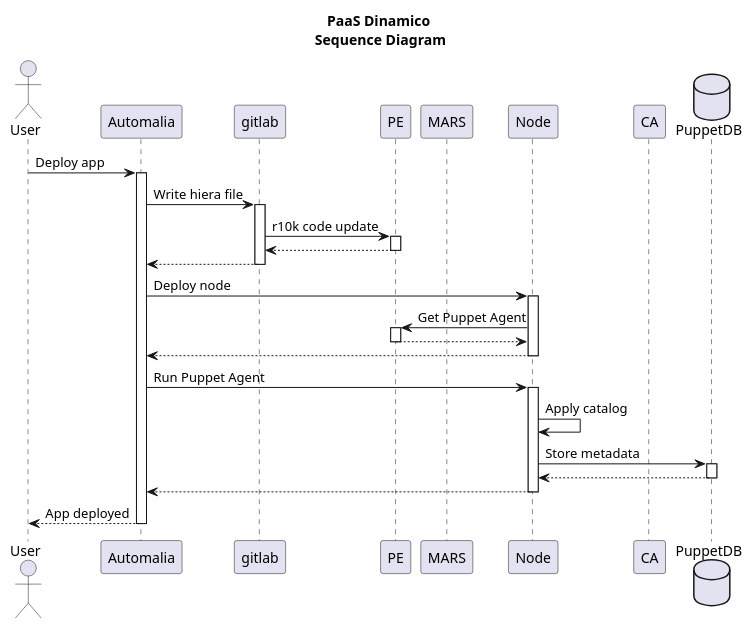
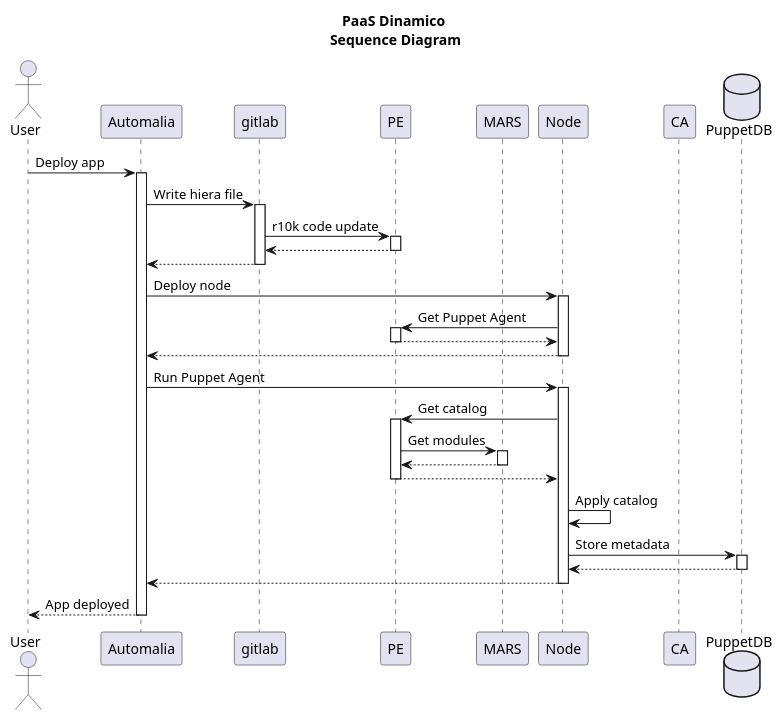
The diagram in doc/sequence.puml (CIVIR-ES/PE-vagrant), drawn with PlantUML before and after one commit.

```diff
--- a/doc/sequence.puml
+++ b/doc/sequence.puml
@@ -1,59 +1,71 @@
 @startuml
 
 title PaaS Dinamico\n Sequence Diagram
 
 actor User
 participant "Automalia" as A
 participant "gitlab" as B
 participant "PE" as C
 participant "MARS" as D
 participant "Node" as E
 participant "CA" as F
 database "PuppetDB" as G
 
 
 User -> A: Deploy app
 activate A
 
 A -> B: Write hiera file
 activate B
 
 B -> C: r10k code update
 activate C
 
 C --> B
 deactivate C
 
 B --> A
 deactivate B
 
 A -> E: Deploy node
 activate E
 
 E -> C: Get Puppet Agent
 activate C
 
 C --> E
 deactivate C
 
 E --> A
 deactivate E
 
 A -> E: Run Puppet Agent
 activate E
 
+E -> C: Get catalog
+activate C
+
+C -> D: Get modules
+activate D
+
+D --> C
+deactivate D
+
+C --> E
+deactivate C
+
 E -> E: Apply catalog
 
 E -> G: Store metadata
 activate G
 
 G --> E
 deactivate G
 
 E --> A
 deactivate E
 
 A --> User: App deployed
 deactivate A
 
 @enduml
```
